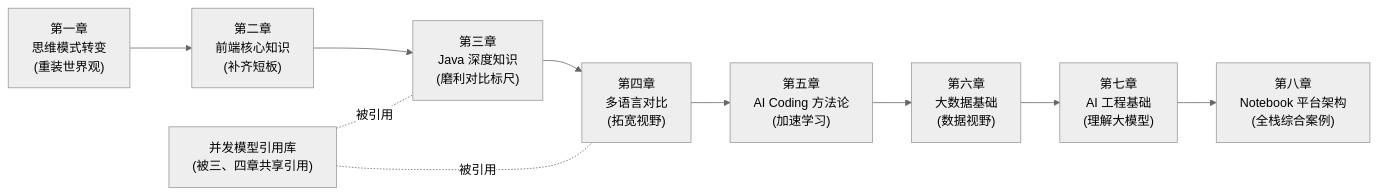
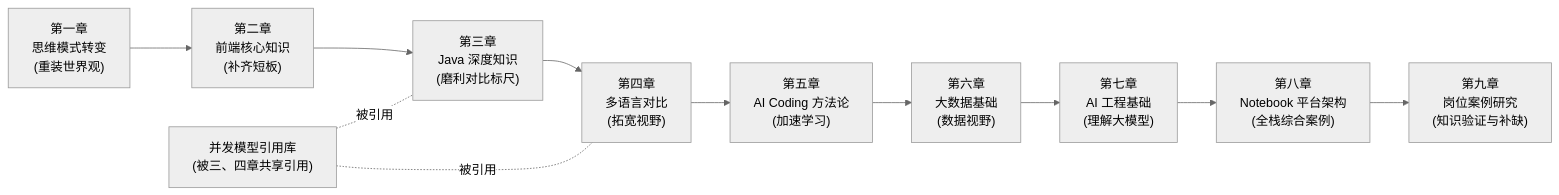
One commit to LiPingjiang/Full-Stack-Knowledge-Book changed the diagram in README.md. Above: the diagram before and after it, drawn with Mermaid (neutral theme). The commit also changed other lines of this file and 9 other files, not shown here.

````diff
--- a/README.md
+++ b/README.md
@@ -33,12 +33,13 @@
 ```mermaid
 flowchart LR
     C1["第一章<br/>思维模式转变<br/>(重装世界观)"] --> C2["第二章<br/>前端核心知识<br/>(补齐短板)"]
     C2 --> C3["第三章<br/>Java 深度知识<br/>(磨利对比标尺)"]
     C3 --> C4["第四章<br/>多语言对比<br/>(拓宽视野)"]
     C4 --> C5["第五章<br/>AI Coding 方法论<br/>(加速学习)"]
     C5 --> C6["第六章<br/>大数据基础<br/>(数据视野)"]
     C6 --> C7["第七章<br/>AI 工程基础<br/>(理解大模型)"]
     C7 --> C8["第八章<br/>Notebook 平台架构<br/>(全栈综合案例)"]
+    C8 --> C9["第九章<br/>岗位案例研究<br/>(知识验证与补缺)"]
     REF["并发模型引用库<br/>(被三、四章共享引用)"] -.被引用.- C3
     REF -.被引用.- C4
 ```
````
